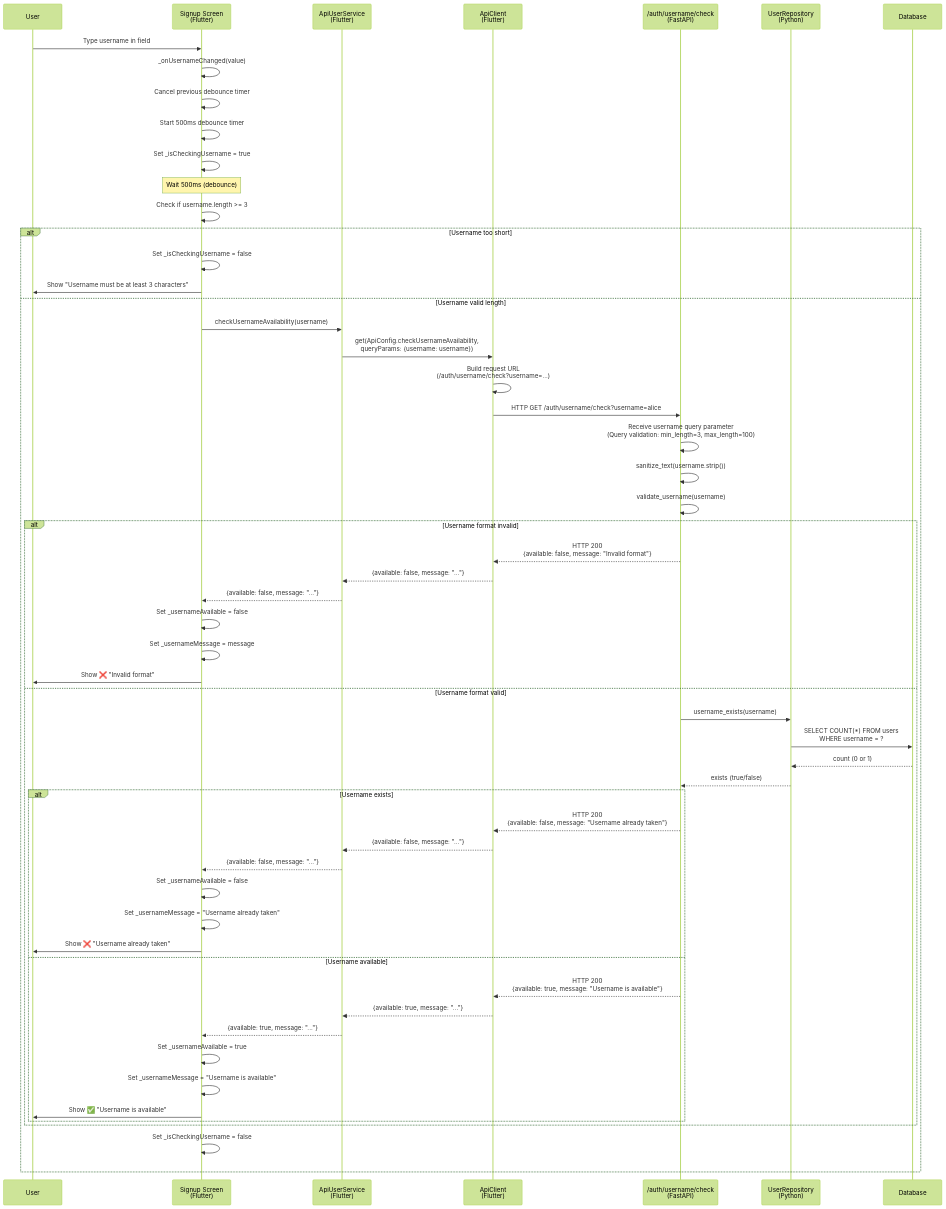
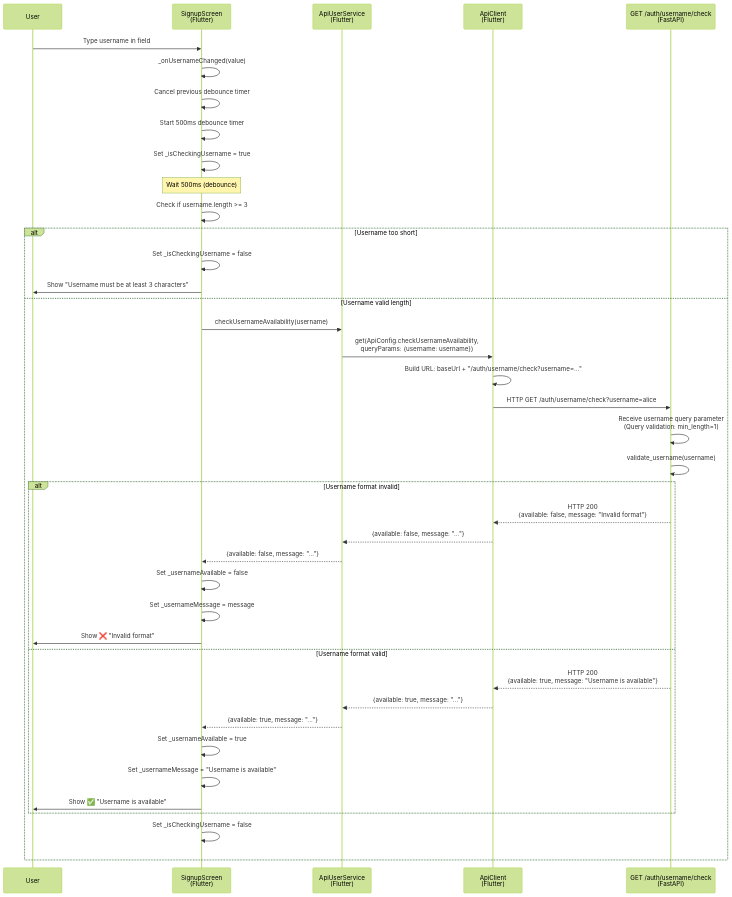
One commit to sunilkumarvuppala/open-on-app changed the third of 20 diagrams in docs/SEQUENCE_DIAGRAMS.md. Above: the diagram before and after it, drawn with Mermaid (forest theme). The commit also changed other lines of this file and 64 other files, not shown here.

````diff
--- a/docs/SEQUENCE_DIAGRAMS.md
+++ b/docs/SEQUENCE_DIAGRAMS.md
@@ -328,66 +314,49 @@
 ```mermaid
 sequenceDiagram
     participant User
-    participant SignupScreen as Signup Screen<br/>(Flutter)
+    participant SignupScreen as SignupScreen<br/>(Flutter)
     participant ApiUserService as ApiUserService<br/>(Flutter)
     participant ApiClient as ApiClient<br/>(Flutter)
-    participant AuthAPI as /auth/username/check<br/>(FastAPI)
-    participant UserRepo as UserRepository<br/>(Python)
-    participant DB as Database
+    participant AuthAPI as GET /auth/username/check<br/>(FastAPI)
 
     User->>SignupScreen: Type username in field
     SignupScreen->>SignupScreen: _onUsernameChanged(value)
     SignupScreen->>SignupScreen: Cancel previous debounce timer
     SignupScreen->>SignupScreen: Start 500ms debounce timer
     SignupScreen->>SignupScreen: Set _isCheckingUsername = true
     
     Note over SignupScreen: Wait 500ms (debounce)
     
     SignupScreen->>SignupScreen: Check if username.length >= 3
     
     alt Username too short
         SignupScreen->>SignupScreen: Set _isCheckingUsername = false
         SignupScreen->>User: Show "Username must be at least 3 characters"
     else Username valid length
         SignupScreen->>ApiUserService: checkUsernameAvailability(username)
         ApiUserService->>ApiClient: get(ApiConfig.checkUsernameAvailability,<br/>queryParams: {username: username})
-        ApiClient->>ApiClient: Build request URL<br/>(/auth/username/check?username=...)
+        ApiClient->>ApiClient: Build URL: baseUrl + "/auth/username/check?username=..."
         ApiClient->>AuthAPI: HTTP GET /auth/username/check?username=alice
         
-        AuthAPI->>AuthAPI: Receive username query parameter<br/>(Query validation: min_length=3, max_length=100)
-        AuthAPI->>AuthAPI: sanitize_text(username.strip())
+        AuthAPI->>AuthAPI: Receive username query parameter<br/>(Query validation: min_length=1)
         AuthAPI->>AuthAPI: validate_username(username)
         
         alt Username format invalid
             AuthAPI-->>ApiClient: HTTP 200<br/>{available: false, message: "Invalid format"}
             ApiClient-->>ApiUserService: {available: false, message: "..."}
             ApiUserService-->>SignupScreen: {available: false, message: "..."}
             SignupScreen->>SignupScreen: Set _usernameAvailable = false
             SignupScreen->>SignupScreen: Set _usernameMessage = message
             SignupScreen->>User: Show ❌ "Invalid format"
         else Username format valid
-            AuthAPI->>UserRepo: username_exists(username)
-            UserRepo->>DB: SELECT COUNT(*) FROM users<br/>WHERE username = ?
-            DB-->>UserRepo: count (0 or 1)
-            UserRepo-->>AuthAPI: exists (true/false)
-            
-            alt Username exists
-                AuthAPI-->>ApiClient: HTTP 200<br/>{available: false, message: "Username already taken"}
-                ApiClient-->>ApiUserService: {available: false, message: "..."}
-                ApiUserService-->>SignupScreen: {available: false, message: "..."}
-                SignupScreen->>SignupScreen: Set _usernameAvailable = false
-                SignupScreen->>SignupScreen: Set _usernameMessage = "Username already taken"
-                SignupScreen->>User: Show ❌ "Username already taken"
-            else Username available
                 AuthAPI-->>ApiClient: HTTP 200<br/>{available: true, message: "Username is available"}
                 ApiClient-->>ApiUserService: {available: true, message: "..."}
                 ApiUserService-->>SignupScreen: {available: true, message: "..."}
                 SignupScreen->>SignupScreen: Set _usernameAvailable = true
                 SignupScreen->>SignupScreen: Set _usernameMessage = "Username is available"
                 SignupScreen->>User: Show ✅ "Username is available"
-            end
         end
         
         SignupScreen->>SignupScreen: Set _isCheckingUsername = false
     end
 ```
````
